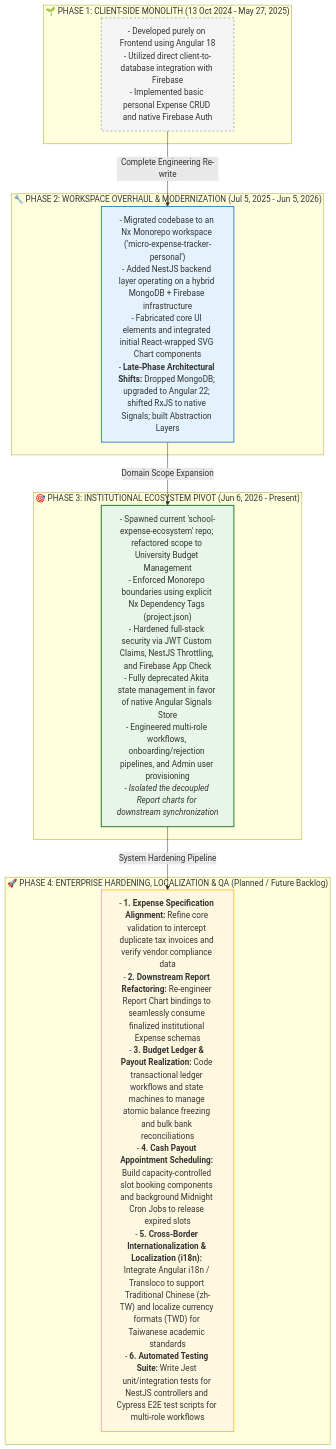
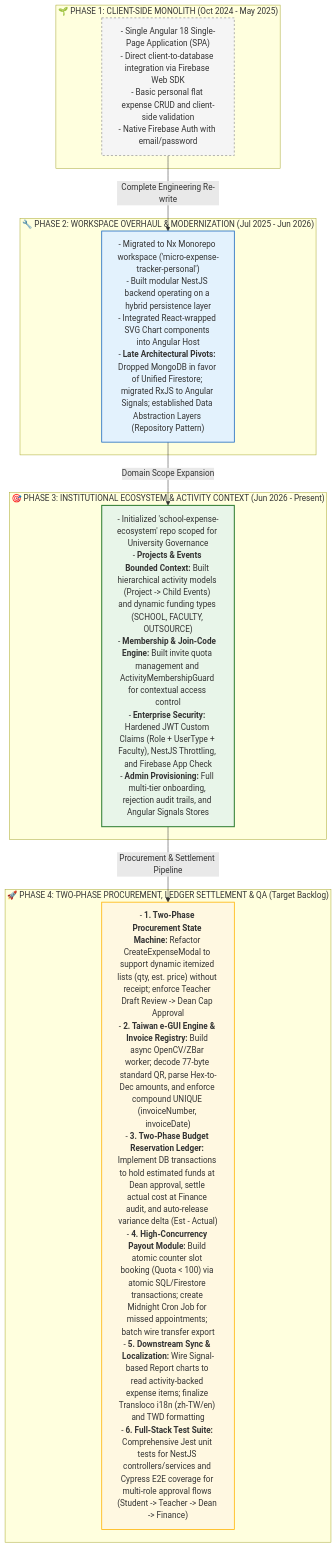
Before and after one commit to hoangphivo97/school-expense-ecosystem: the fifth of 5 diagrams in ARCHITECTURE.md, drawn with Mermaid. The commit also changed other lines of this file, not shown here.

Commit message:
Revise architecture phases and access control details

````diff
--- a/ARCHITECTURE.md
+++ b/ARCHITECTURE.md
@@ -585,36 +585,47 @@
 ```mermaid
 graph TD
     %% Style Definitions
     classDef phase1 fill:#f5f5f5,stroke:#9e9e9e,stroke-width:1.5px,stroke-dasharray: 4 4;
     classDef phase2 fill:#e3f2fd,stroke:#1565c0,stroke-width:1.5px;
     classDef phase3 fill:#e8f5e9,stroke:#2e7d32,stroke-width:2px;
     classDef phase4 fill:#fff8e1,stroke:#ffb300,stroke-width:1.5px;
 
-    %% Phases
-    subgraph P1 ["🌱 PHASE 1: CLIENT-SIDE MONOLITH (13 Oct 2024 - May 27, 2025)"]
-        M1["- Developed purely on Frontend using Angular 18<br/>- Utilized direct client-to-database integration with Firebase<br/>- Implemented basic personal Expense CRUD and native Firebase Auth"]
+    %% ========================================================
+    %% PHASE 1: LEGACY FOUNDATION
+    %% ========================================================
+    subgraph P1 ["🌱 PHASE 1: CLIENT-SIDE MONOLITH (Oct 2024 - May 2025)"]
+        M1["- Single Angular 18 Single-Page Application (SPA)<br/>- Direct client-to-database integration via Firebase Web SDK<br/>- Basic personal flat expense CRUD and client-side validation<br/>- Native Firebase Auth with email/password"]
     end
 
-    subgraph P2 ["🔧 PHASE 2: WORKSPACE OVERHAUL & MODERNIZATION (Jul 5, 2025 - Jun 5, 2026)"]
-        M2["- Migrated codebase to an Nx Monorepo workspace ('micro-expense-tracker-personal')<br/>- Added NestJS backend layer operating on a hybrid MongoDB + Firebase infrastructure<br/>- Fabricated core UI elements and integrated initial React-wrapped SVG Chart components<br/>- <b>Late-Phase Architectural Shifts:</b> Dropped MongoDB; upgraded to Angular 22; shifted RxJS to native Signals; built Abstraction Layers"]
+    %% ========================================================
+    %% PHASE 2: ARCHITECTURAL RE-PLATFORMING
+    %% ========================================================
+    subgraph P2 ["🔧 PHASE 2: WORKSPACE OVERHAUL & MODERNIZATION (Jul 2025 - Jun 2026)"]
+        M2["- Migrated to Nx Monorepo workspace ('micro-expense-tracker-personal')<br/>- Built modular NestJS backend operating on a hybrid persistence layer<br/>- Integrated React-wrapped SVG Chart components into Angular Host<br/>- <b>Late Architectural Pivots:</b> Dropped MongoDB in favor of Unified Firestore; migrated RxJS to Angular Signals; established Data Abstraction Layers (Repository Pattern)"]
     end
 
-    subgraph P3 ["🎯 PHASE 3: INSTITUTIONAL ECOSYSTEM PIVOT (Jun 6, 2026 - Present)"]
-        M3["- Spawned current 'school-expense-ecosystem' repo; refactored scope to University Budget Management<br/>- Enforced Monorepo boundaries using explicit Nx Dependency Tags (project.json)<br/>- Hardened full-stack security via JWT Custom Claims, NestJS Throttling, and Firebase App Check<br/>- Fully deprecated Akita state management in favor of native Angular Signals Store<br/>- Engineered multi-role workflows, onboarding/rejection pipelines, and Admin user provisioning<br/>- <i>Isolated the decoupled Report charts for downstream synchronization</i>"]
+    %% ========================================================
+    %% PHASE 3: INSTITUTIONAL CONTEXT & ACTIVITY GOVERNANCE
+    %% ========================================================
+    subgraph P3 ["🎯 PHASE 3: INSTITUTIONAL ECOSYSTEM & ACTIVITY CONTEXT (Jun 2026 - Present)"]
+        M3["- Initialized 'school-expense-ecosystem' repo scoped for University Governance<br/>- <b>Projects & Events Bounded Context:</b> Built hierarchical activity models (Project -> Child Events) and dynamic funding types (SCHOOL, FACULTY, OUTSOURCE)<br/>- <b>Membership & Join-Code Engine:</b> Built invite quota management and ActivityMembershipGuard for contextual access control<br/>- <b>Enterprise Security:</b> Hardened JWT Custom Claims (Role + UserType + Faculty), NestJS Throttling, and Firebase App Check<br/>- <b>Admin Provisioning:</b> Full multi-tier onboarding, rejection audit trails, and Angular Signals Stores"]
     end
 
-    subgraph P4 ["🚀 PHASE 4: ENTERPRISE HARDENING, LOCALIZATION & QA (Planned / Future Backlog)"]
-        M4["- <b>1. Expense Specification Alignment:</b> Refine core validation to intercept duplicate tax invoices and verify vendor compliance data<br/>- <b>2. Downstream Report Refactoring:</b> Re-engineer Report Chart bindings to seamlessly consume finalized institutional Expense schemas<br/>- <b>3. Budget Ledger & Payout Realization:</b> Code transactional ledger workflows and state machines to manage atomic balance freezing and bulk bank reconciliations<br/>- <b>4. Cash Payout Appointment Scheduling:</b> Build capacity-controlled slot booking components and background Midnight Cron Jobs to release expired slots<br/>- <b>5. Cross-Border Internationalization & Localization (i18n):</b> Integrate Angular i18n / Transloco to support Traditional Chinese (zh-TW) and localize currency formats (TWD) for Taiwanese academic standards<br/>- <b>6. Automated Testing Suite:</b> Write Jest unit/integration tests for NestJS controllers and Cypress E2E test scripts for multi-role workflows"]
+    %% ========================================================
+    %% PHASE 4: 2-PHASE PROCUREMENT, SETTLEMENT & ENTERPRISE QA
+    %% ========================================================
+    subgraph P4 ["🚀 PHASE 4: TWO-PHASE PROCUREMENT, LEDGER SETTLEMENT & QA (Target Backlog)"]
+        M4["- <b>1. Two-Phase Procurement State Machine:</b> Refactor CreateExpenseModal to support dynamic itemized lists (qty, est. price) without receipt; enforce Teacher Draft Review -> Dean Cap Approval<br/>- <b>2. Taiwan e-GUI Engine & Invoice Registry:</b> Build async OpenCV/ZBar worker; decode 77-byte standard QR, parse Hex-to-Dec amounts, and enforce compound UNIQUE (invoiceNumber, invoiceDate)<br/>- <b>3. Two-Phase Budget Reservation Ledger:</b> Implement DB transactions to hold estimated funds at Dean approval, settle actual cost at Finance audit, and auto-release variance delta (Est - Actual)<br/>- <b>4. High-Concurrency Payout Module:</b> Build atomic counter slot booking (Quota < 100) via atomic SQL/Firestore transactions; create Midnight Cron Job for missed appointments; batch wire transfer export<br/>- <b>5. Downstream Sync & Localization:</b> Wire Signal-based Report charts to read activity-backed expense items; finalize Transloco i18n (zh-TW/en) and TWD formatting<br/>- <b>6. Full-Stack Test Suite:</b> Comprehensive Jest unit tests for NestJS controllers/services and Cypress E2E coverage for multi-role approval flows (Student -> Teacher -> Dean -> Finance)"]
     end
 
     %% Flow Links
     M1 -->|Complete Engineering Re-write| M2
     M2 -->|Domain Scope Expansion| M3
-    M3 -->|System Hardening Pipeline| M4
+    M3 -->|Procurement & Settlement Pipeline| M4
 
     %% Apply Styles
     class M1 phase1;
     class M2 phase2;
     class M3 phase3;
     class M4 phase4;
 ```
````
